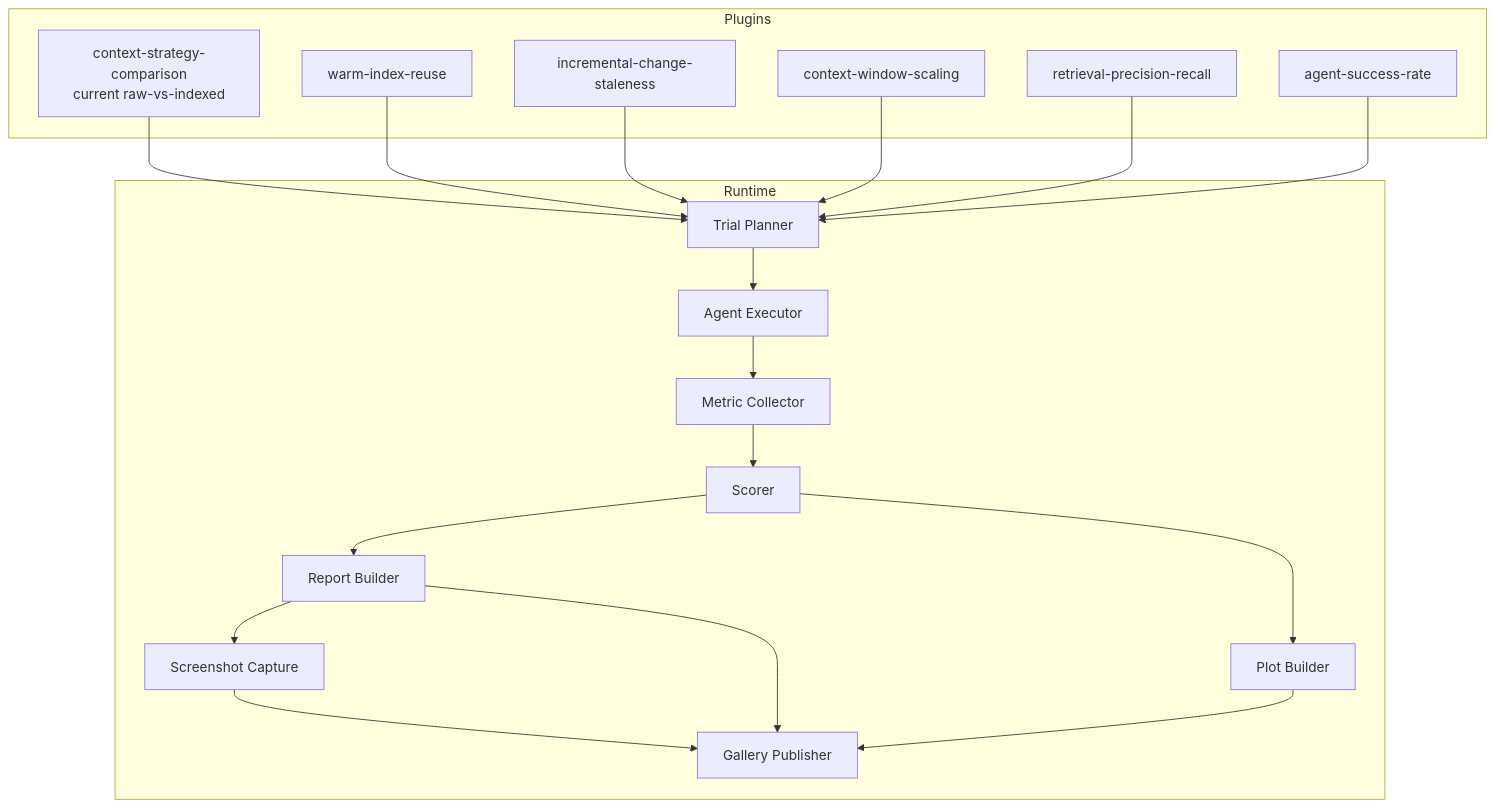
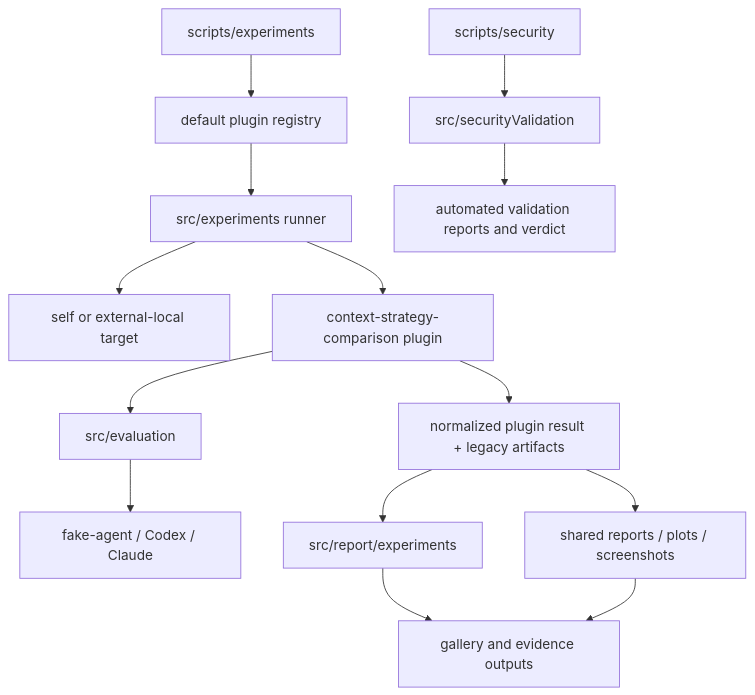
Before and after one commit to dailephd/my-dev-kit-lab: the first of 3 diagrams in docs/ARCHITECTURE.md, drawn with Mermaid. The commit also changed other lines of this file and 10 other files, not shown here.

````diff
--- a/docs/ARCHITECTURE.md
+++ b/docs/ARCHITECTURE.md
@@ -166,38 +44,17 @@
 ```mermaid
-graph TD
-  subgraph Runtime
-    TP[Trial Planner]
-    AE[Agent Executor]
-    MC[Metric Collector]
-    SC[Scorer]
-    RP[Report Builder]
-    PL[Plot Builder]
-    SS[Screenshot Capture]
-    GP[Gallery Publisher]
-  end
+flowchart TD
+  CLI[scripts/experiments] --> Registry[default plugin registry]
+  Registry --> Runner[src/experiments runner]
+  Runner --> Target[self or external-local target]
+  Runner --> Plugin[context-strategy-comparison plugin]
+  Plugin --> Evaluation[src/evaluation]
+  Evaluation --> Agents[fake-agent / Codex / Claude]
+  Plugin --> Results[normalized plugin result + legacy artifacts]
+  Results --> PluginReports[src/report/experiments]
+  Results --> SharedReports[shared reports / plots / screenshots]
+  PluginReports --> Gallery[gallery and evidence outputs]
+  SharedReports --> Gallery
 
-  subgraph Plugins
-    P1[context-strategy-comparison\ncurrent raw-vs-indexed]
-    P2[warm-index-reuse]
-    P3[incremental-change-staleness]
-    P4[context-window-scaling]
-    P5[retrieval-precision-recall]
-    P6[agent-success-rate]
-  end
-
-  P1 --> TP
-  P2 --> TP
-  P3 --> TP
-  P4 --> TP
-  P5 --> TP
-  P6 --> TP
-  TP --> AE
-  AE --> MC
-  MC --> SC
-  SC --> RP
-  SC --> PL
-  RP --> SS
-  RP --> GP
-  PL --> GP
-  SS --> GP
+  SecurityCLI[scripts/security] --> Security[src/securityValidation]
+  Security --> SecurityReports[automated validation reports and verdict]
 ```
````
